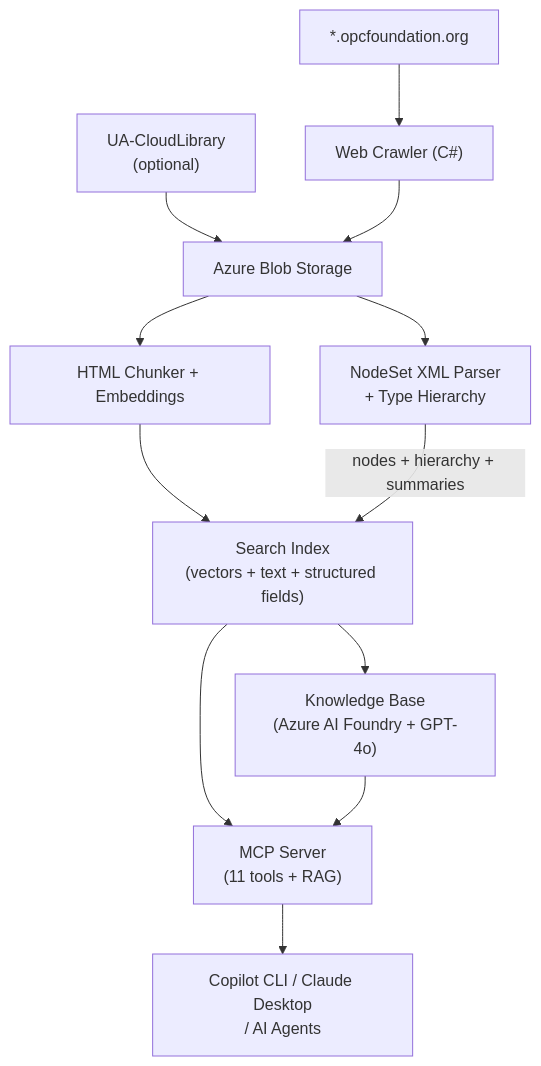
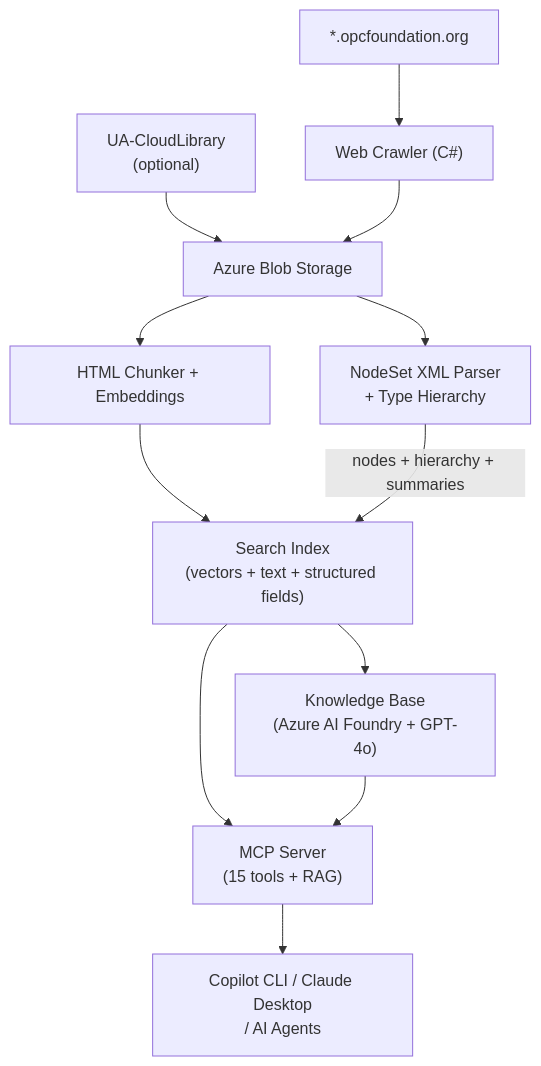
Before and after one commit to marcschier/opcuakb-mcp: the diagram in README.md, drawn with Mermaid. The commit also changed other lines of this file and 17 other files, not shown here.

First line of the commit message:
feat: crawl profiles.opcfoundation.org into a profile graph + conformance MCP tools

````diff
--- a/README.md
+++ b/README.md
@@ -37,14 +37,14 @@
 ```mermaid
 graph TD
     OPC["*.opcfoundation.org"] --> Crawler["Web Crawler (C#)"]
     CloudLib["UA-CloudLibrary<br/>(optional)"] --> Blob
     Crawler --> Blob["Azure Blob Storage"]
     Blob --> Chunker["HTML Chunker + Embeddings"]
     Blob --> NodeSet["NodeSet XML Parser<br/>+ Type Hierarchy"]
     Chunker --> Index["Search Index<br/>(vectors + text + structured fields)"]
     NodeSet --> |"nodes + hierarchy + summaries"| Index
-    Index --> McpServer["MCP Server<br/>(11 tools + RAG)"]
+    Index --> McpServer["MCP Server<br/>(15 tools + RAG)"]
     Index --> KB["Knowledge Base<br/>(Azure AI Foundry + GPT-4o)"]
     KB --> McpServer
     McpServer --> Clients["Copilot CLI / Claude Desktop<br/>/ AI Agents"]
 ```
````
